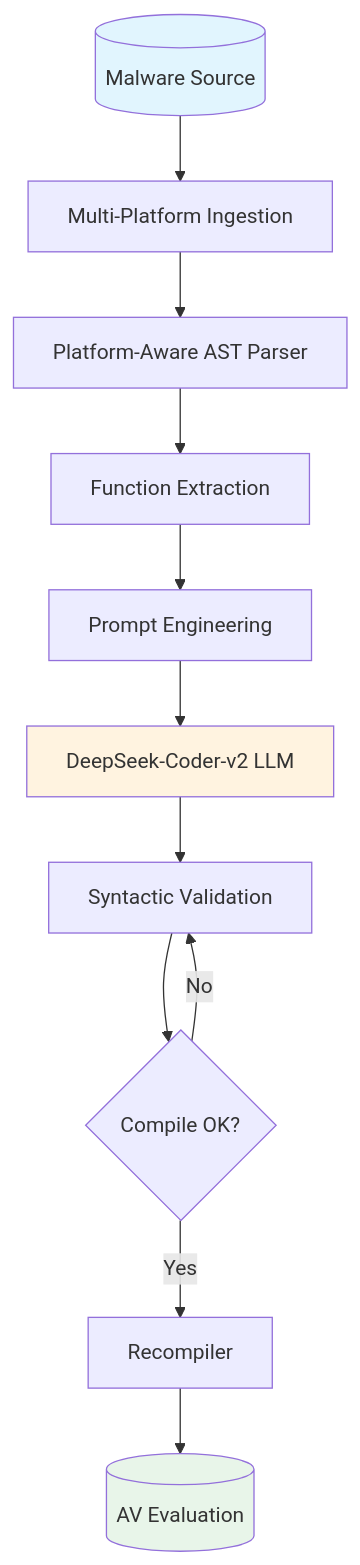
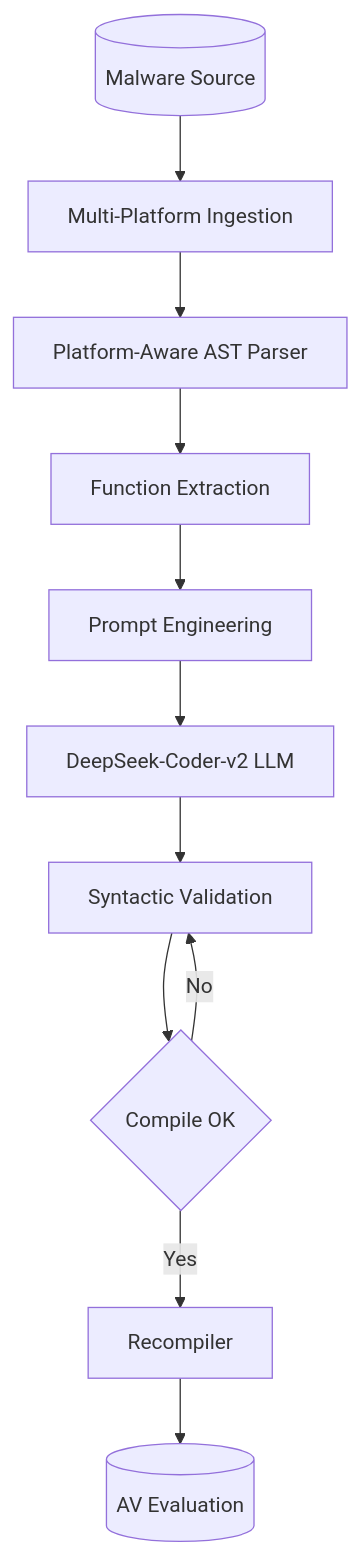
One commit to Mahim05078/mahim05078.github.io changed the first of 4 diagrams in _pages/projects.md. Above: the diagram before and after it, drawn with Mermaid. The commit also changed other lines of this file, not shown here.

Commit message:
update Dec 25:6 - mermaid diagrams

````diff
--- a/_pages/projects.md
+++ b/_pages/projects.md
@@ -27,17 +27,13 @@
-<div class="mermaid">
+```mermaid
 flowchart TD
     A[(Malware Source)] --> B[Multi-Platform Ingestion]
     B --> C[Platform-Aware AST Parser]
     C --> D[Function Extraction]
     D --> E[Prompt Engineering]
     E --> F[DeepSeek-Coder-v2 LLM]
     F --> G[Syntactic Validation]
-    G --> H{Compile OK?}
+    G --> H{Compile OK}
     H -->|No| G
     H -->|Yes| I[Recompiler]
     I --> J[(AV Evaluation)]
-
-    style A fill:#e1f5fe
-    style F fill:#fff3e0
-    style J fill:#e8f5e9
-</div>
+```
````
